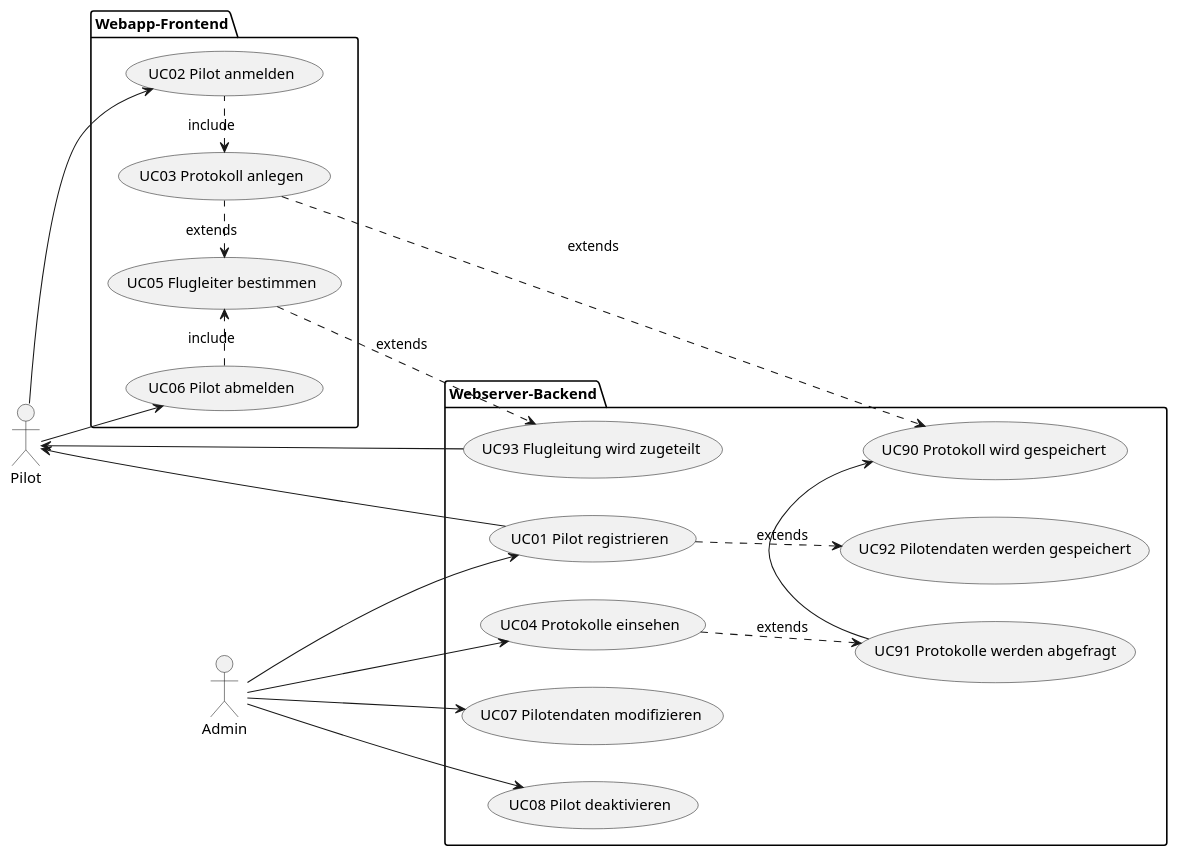
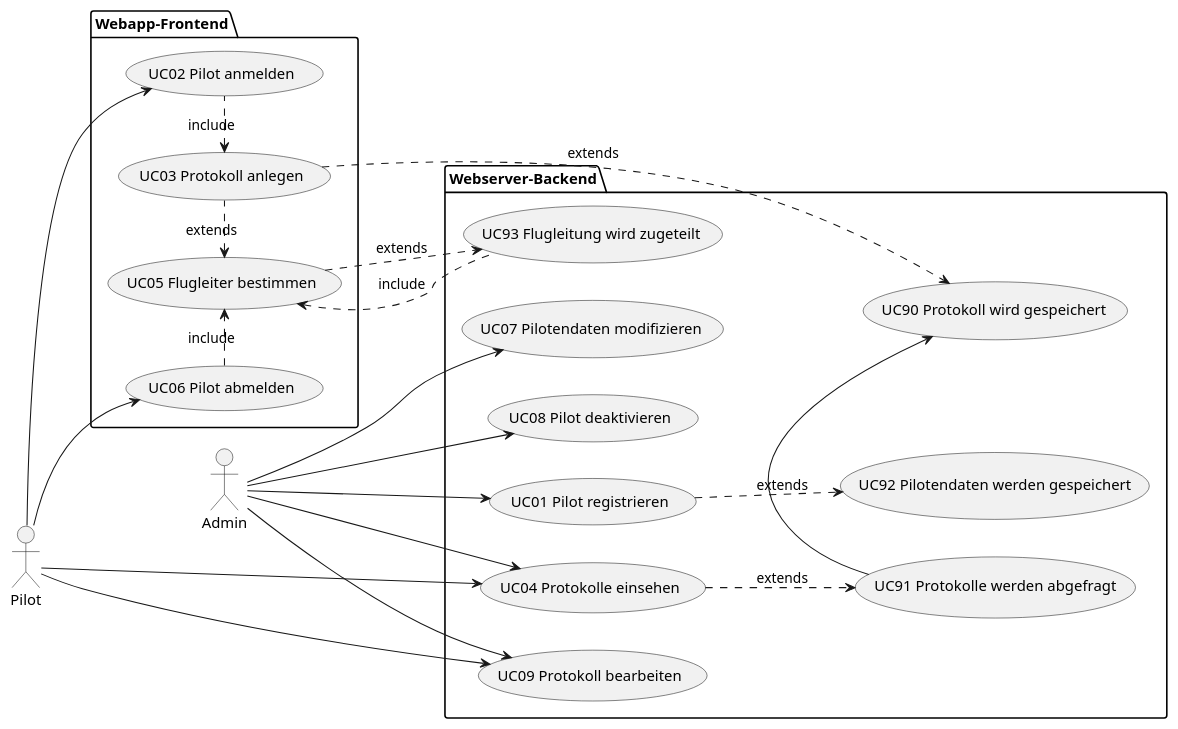
The diagram in docs/requirements/use-case_model.adoc (jakobkmar/E09-modellflug-logbuch), drawn with PlantUML before and after one commit. The commit also changed 1 other file, not shown here.

Commit message:
corrected link in swr and worked on full UC model

```diff
--- a/docs/requirements/use-case_model.adoc
+++ b/docs/requirements/use-case_model.adoc
@@ -25,41 +25,44 @@
 [plantuml, "{diagramsdir}/gesamter Use-Case", svg]
 ....
 @startuml
 left to right direction
 "Admin" as ac01
 "Pilot" as ac02
 package Webapp-Frontend {
     "UC02 Pilot anmelden" as (uc02) 
     "UC03 Protokoll anlegen" as (uc03)
     "UC05 Flugleiter bestimmen" as (uc05)
     "UC06 Pilot abmelden" as (uc06)
 }
 
 package Webserver-Backend {
     "UC01 Pilot registrieren" as (uc01)
     "UC04 Protokolle einsehen" as (uc04)
     "UC07 Pilotendaten modifizieren" as (uc07)
     "UC08 Pilot deaktivieren" as (uc08)
+    "UC09 Protokoll bearbeiten" as (uc09)
     "UC90 Protokoll wird gespeichert" as (uc90)
     "UC91 Protokolle werden abgefragt" as (uc91)
     "UC92 Pilotendaten werden gespeichert" as (uc92)
     "UC93 Flugleitung wird zugeteilt" as (uc93)
 }
 ac01 -d-> uc01
 ac01 -d-> uc04
 ac01 -d-> uc07
 ac01 -d-> uc08
+ac01 --> uc09
 ac02 -d-> uc02
 ac02 -d-> uc06
-uc01 -u-> ac02
+ac02 --> uc09
+ac02 --> uc04
 uc01 .d.> uc92 :extends
 uc02 .l.> uc03 :include
 uc03 .l.> uc05 :extends
 uc03 .d.> uc90 :extends
 uc04 .d.> uc91 :extends
 uc05 .d.> uc93 :extends
 uc06 .r.> uc05 :include
 uc91 -r-> uc90
-uc93 -u-> ac02
+uc93 .u.> uc05 :include
 @enduml
 ....
```
